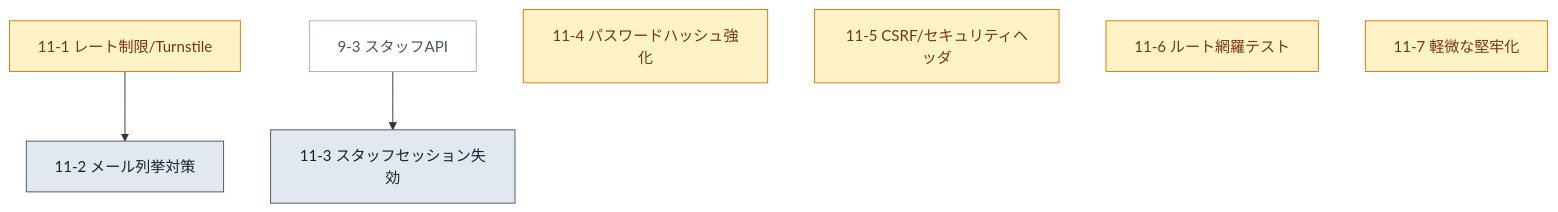
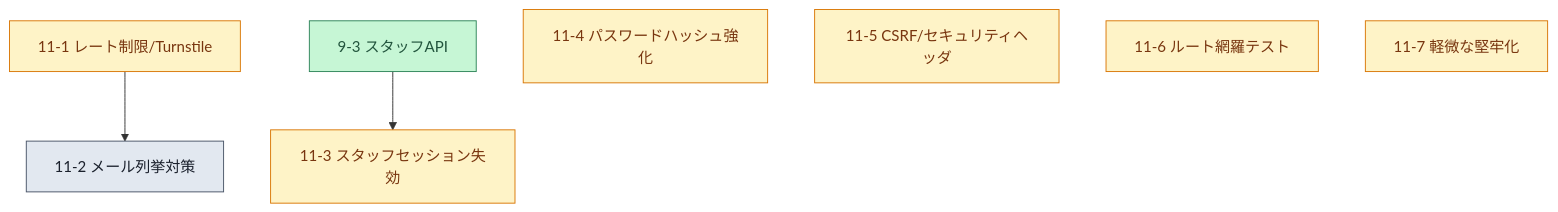
Diagram 11 of 12 in tasks.md (m-uesaka/regional-quiz-entry-form), drawn with Mermaid before and after one commit. The commit also changed other lines of this file and 18 other files, not shown here.

````diff
--- a/tasks.md
+++ b/tasks.md
@@ -245,13 +245,13 @@
 ```mermaid
 graph TD
   T111["11-1 レート制限/Turnstile"]:::next --> T112["11-2 メール列挙対策"]:::todo
-  T93["9-3 スタッフAPI"]:::prereq --> T113["11-3 スタッフセッション失効"]:::todo
+  T93["9-3 スタッフAPI"]:::done --> T113["11-3 スタッフセッション失効"]:::next
   T114["11-4 パスワードハッシュ強化"]:::next
   T115["11-5 CSRF/セキュリティヘッダ"]:::next
   T116["11-6 ルート網羅テスト"]:::next
   T117["11-7 軽微な堅牢化"]:::next
 
+  classDef done fill:#c6f6d5,stroke:#2f855a,color:#22543d;
   classDef todo fill:#e2e8f0,stroke:#4a5568,color:#1a202c;
   classDef next fill:#fef3c7,stroke:#d97706,color:#78350f;
-  classDef prereq fill:#ffffff,stroke:#a0aec0,color:#4a5568;
 ```
````
